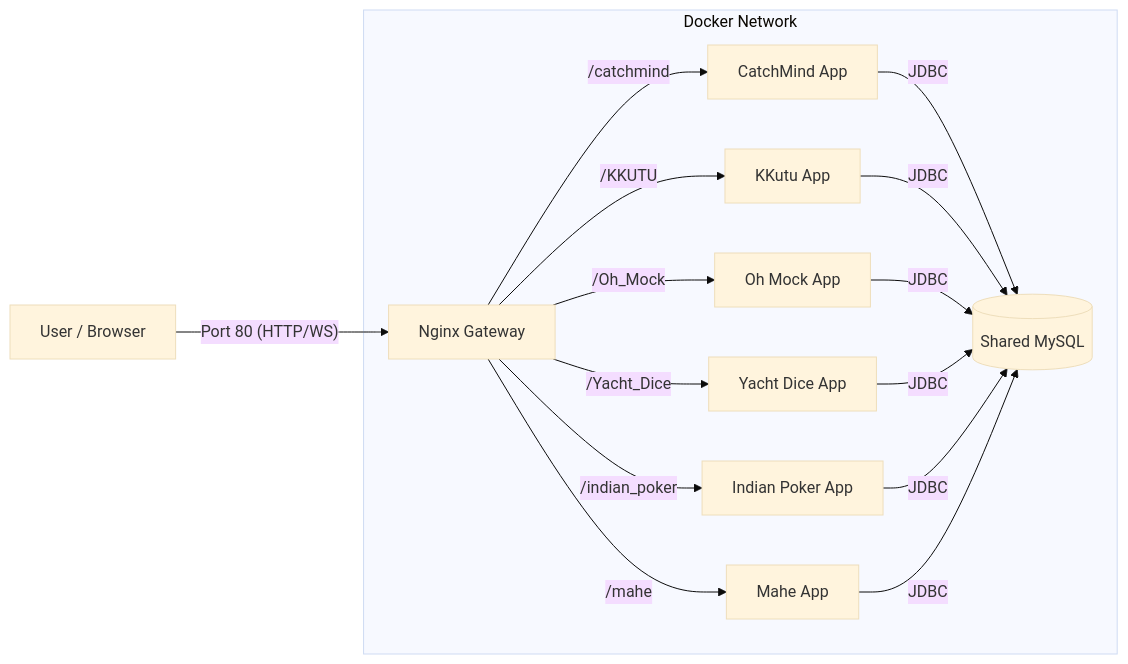
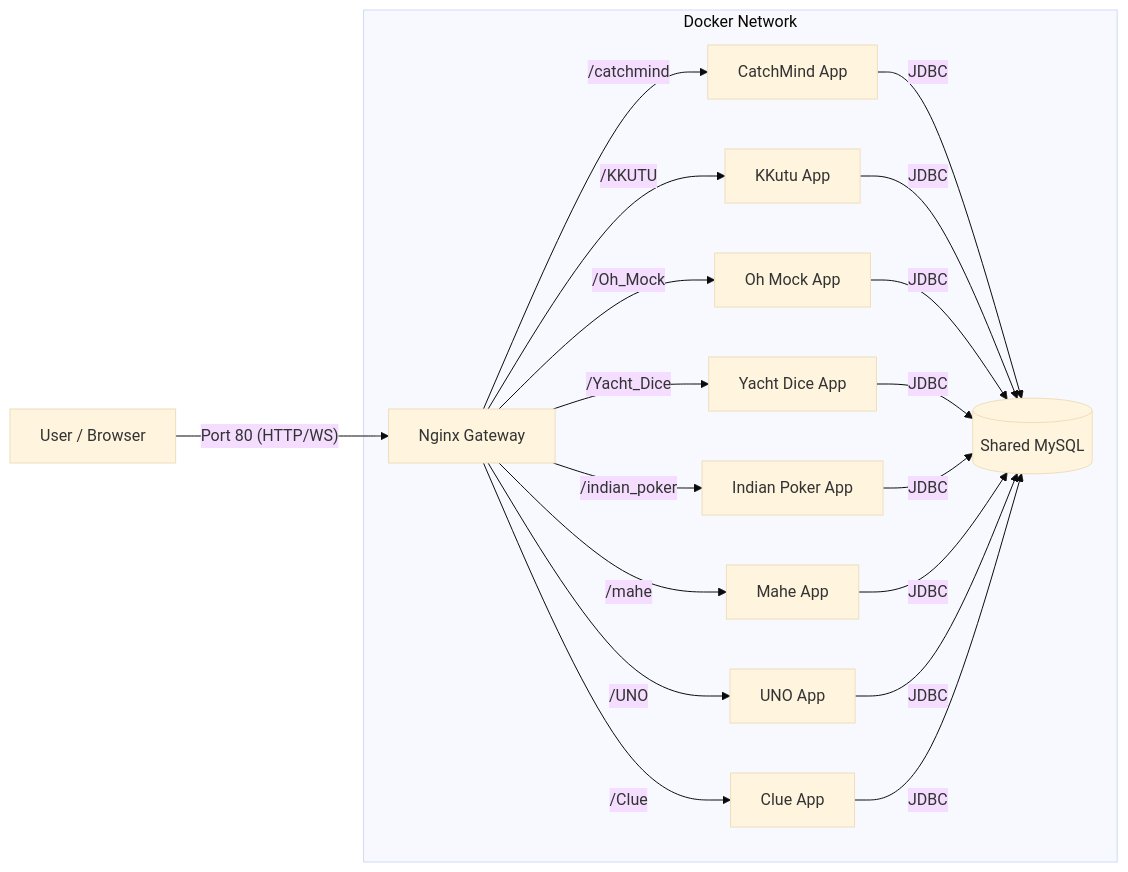
One commit to CREE1116/minigames changed the diagram in README.md. Above: the diagram before and after it, drawn with Mermaid (base theme). The commit also changed other lines of this file and 4 other files, not shown here.

````diff
--- a/README.md
+++ b/README.md
@@ -46,20 +48,24 @@
 ```mermaid
 graph LR
     User[User / Browser] -- Port 80 (HTTP/WS) --> Nginx[Nginx Gateway]
     
     subgraph Docker Network
         Nginx -- /catchmind --> CM[CatchMind App]
         Nginx -- /KKUTU --> KK[KKutu App]
         Nginx -- /Oh_Mock --> OM[Oh Mock App]
         Nginx -- /Yacht_Dice --> YD[Yacht Dice App]
         Nginx -- /indian_poker --> IP[Indian Poker App]
         Nginx -- /mahe --> MH[Mahe App]
+        Nginx -- /UNO --> UN[UNO App]
+        Nginx -- /Clue --> CL[Clue App]
         
         CM -- JDBC --> DB[(Shared MySQL)]
         KK -- JDBC --> DB
         OM -- JDBC --> DB
         YD -- JDBC --> DB
         IP -- JDBC --> DB
         MH -- JDBC --> DB
+        UN -- JDBC --> DB
+        CL -- JDBC --> DB
     end
 ```
````
